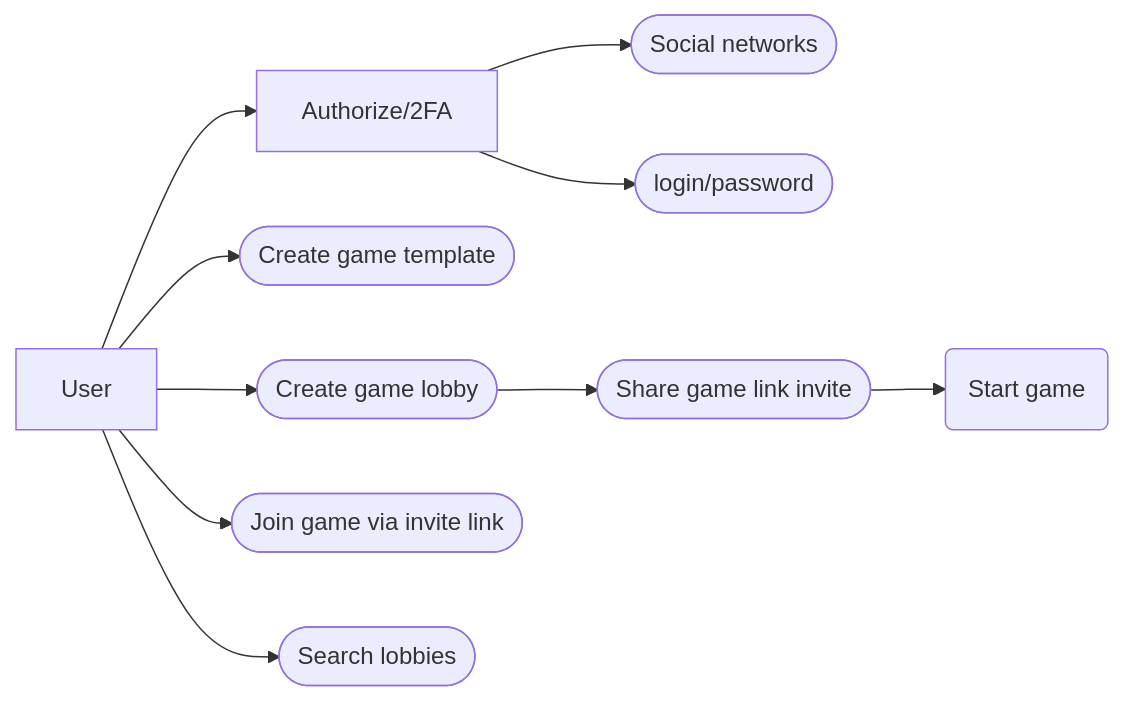
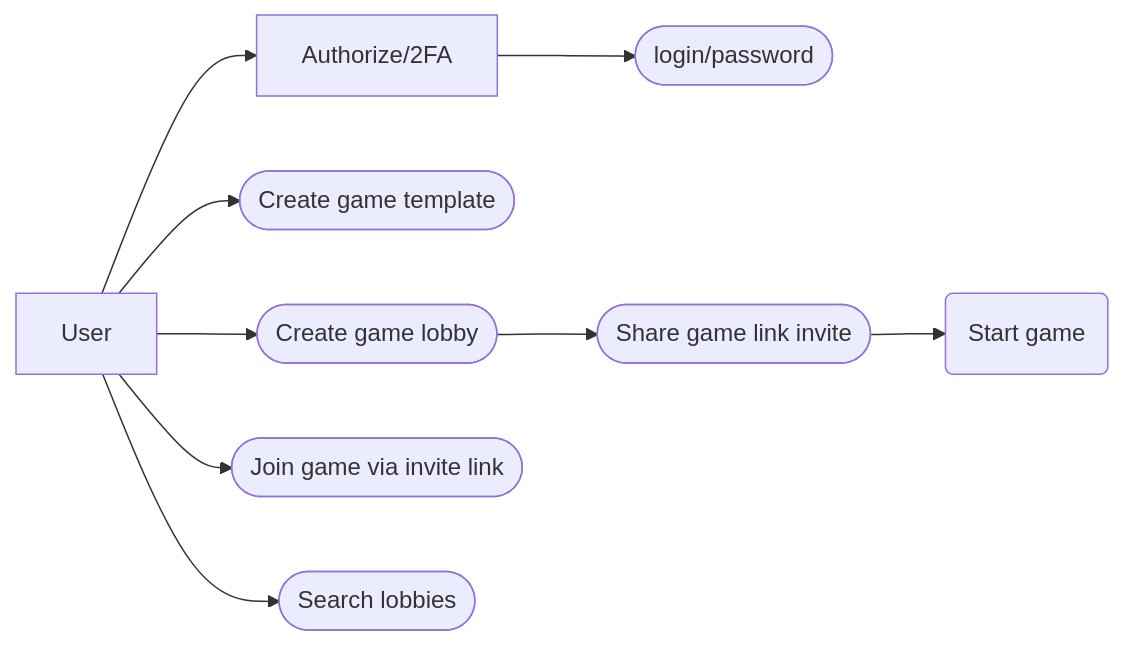
One commit to Magnus-Techies-Team/oyster-bay-express-backend changed the first of 2 diagrams in README.md. Above: the diagram before and after it, drawn with Mermaid. The commit also changed other lines of this file, not shown here.

````diff
--- a/README.md
+++ b/README.md
@@ -10,12 +10,11 @@
 ```mermaid
 flowchart LR
     A[User]-->B[Authorize/2FA]
-    B-->C([Social networks])
     B-->D([login/password])
     A-->E([Create game template])
     A-->F([Create game lobby])
     F-->F1([Share game link invite])
     F1-->F2(Start game)
     A-->G([Join game via invite link])
     A-->H([Search lobbies])
 ```
````
